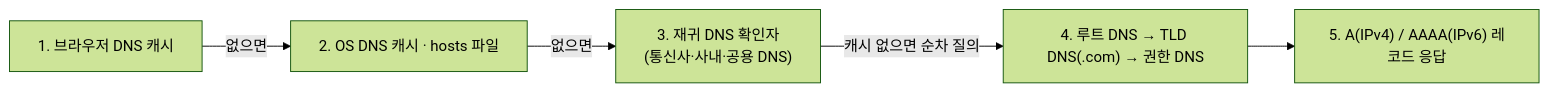
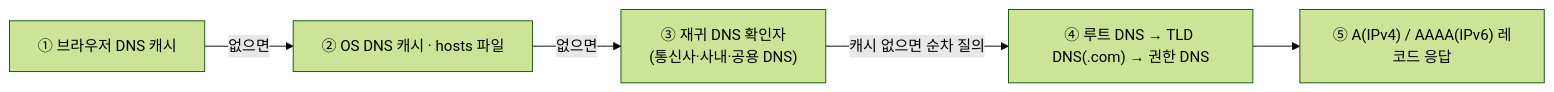
Before and after one commit to gooyong-sec/gooyong-sec.github.io: the second of 3 diagrams in content/웹취약점/Java 웹 기초 1 — HTTP·웹 서버·WAS와 요청 처리 흐름.md, drawn with Mermaid (forest theme). The commit also changed 28 other files, not shown here.

First line of the commit message:
fix: eliminate remaining mermaid markdown-list misparse across all diagrams

````diff
--- a/content/웹취약점/Java 웹 기초 1 — HTTP·웹 서버·WAS와 요청 처리 흐름.md
+++ b/content/웹취약점/Java 웹 기초 1 — HTTP·웹 서버·WAS와 요청 처리 흐름.md
@@ -164,7 +164,7 @@
 ```mermaid
 flowchart LR
-    C1["1. 브라우저 DNS 캐시"] -->|"없으면"| C2["2. OS DNS 캐시 · hosts 파일"]
-    C2 -->|"없으면"| R["3. 재귀 DNS 확인자<br/>(통신사·사내·공용 DNS)"]
-    R -->|"캐시 없으면 순차 질의"| Tree["4. 루트 DNS → TLD DNS(.com) → 권한 DNS"]
-    Tree --> Ans["5. A(IPv4) / AAAA(IPv6) 레코드 응답"]
+    C1["① 브라우저 DNS 캐시"] -->|"없으면"| C2["② OS DNS 캐시 · hosts 파일"]
+    C2 -->|"없으면"| R["③ 재귀 DNS 확인자<br/>(통신사·사내·공용 DNS)"]
+    R -->|"캐시 없으면 순차 질의"| Tree["④ 루트 DNS → TLD DNS(.com) → 권한 DNS"]
+    Tree --> Ans["⑤ A(IPv4) / AAAA(IPv6) 레코드 응답"]
 ```
````
